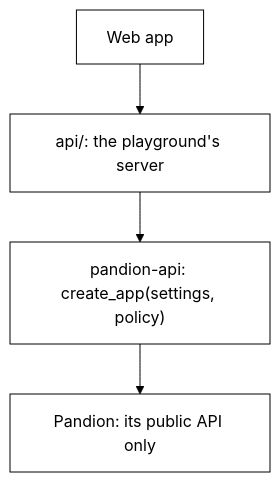
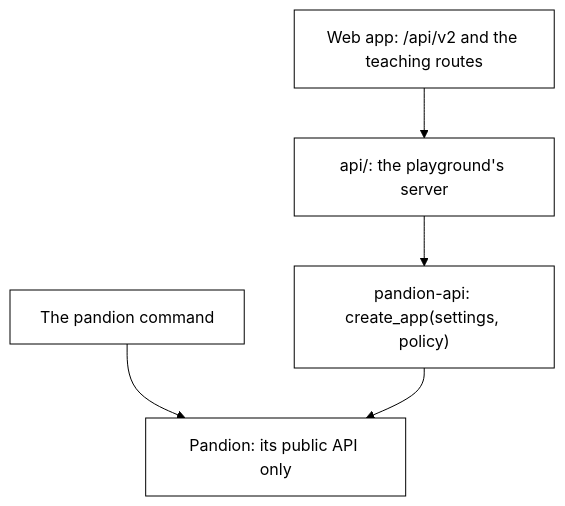
Before and after one commit to nadeem4/rag-playground: the first of 3 diagrams in docs/architecture.md, drawn with Mermaid. The commit also changed other lines of this file and 10 other files, not shown here.

Commit message:
docs: every doc describes the web on /api/v2, the config it holds, and the pandion command

````diff
--- a/docs/architecture.md
+++ b/docs/architecture.md
@@ -126,7 +127,8 @@
 ```mermaid
 %%{init: {'theme':'base','themeVariables':{'primaryColor':'#ffffff','primaryTextColor':'#000000','primaryBorderColor':'#000000','lineColor':'#000000'}}}%%
 flowchart TB
-    WEB["Web app"] --> APP["api/: the playground's server"]
+    CLI["The pandion command"] --> CORE
+    WEB["Web app: /api/v2 and the teaching routes"] --> APP["api/: the playground's server"]
     APP --> API["pandion-api: create_app(settings, policy)"]
     API --> CORE["Pandion: its public API only"]
 ```
````
